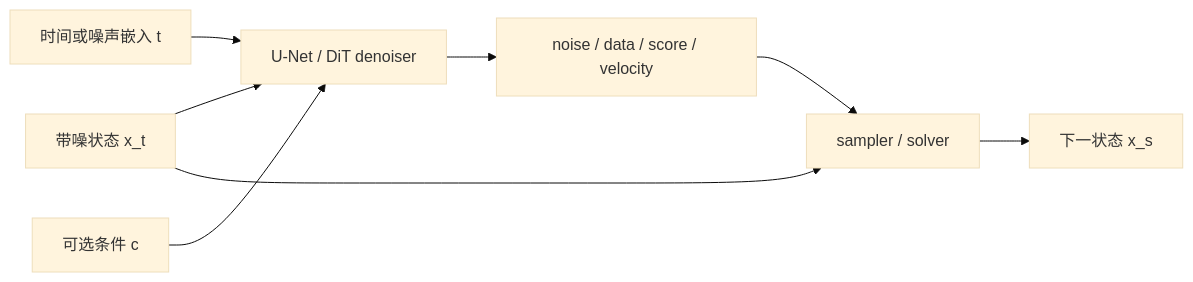
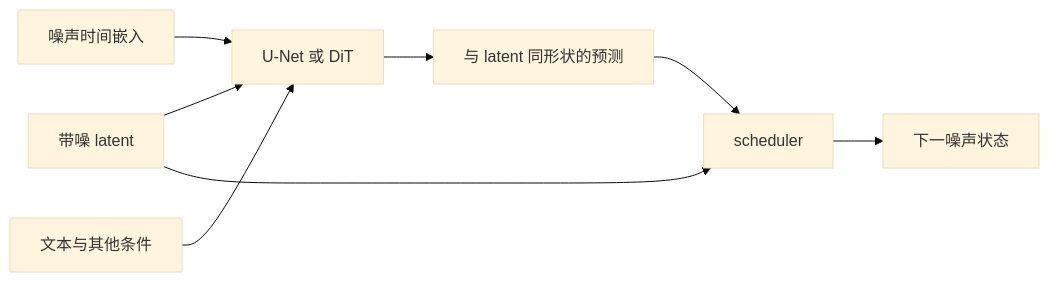
The first of 2 diagrams in files/diffusion/architecture-and-stable-diffusion.md (Charles2530/Charles-AI-notes), drawn with Mermaid (base theme) before and after one commit. The commit also changed other lines of this file and 954 other files, not shown here.

````diff
--- a/files/diffusion/architecture-and-stable-diffusion.md
+++ b/files/diffusion/architecture-and-stable-diffusion.md
@@ -30,11 +35,11 @@
 ```mermaid
 %% denoiser-interface
 flowchart LR
-  XT[带噪状态 x_t] --> Net[U-Net / DiT denoiser]
-  Time[时间或噪声嵌入 t] --> Net
-  Cond[可选条件 c] --> Net
-  Net --> Pred[noise / data / score / velocity]
-  Pred --> Scheduler[sampler / solver]
-  XT --> Scheduler
-  Scheduler --> Next[下一状态 x_s]
+  Z[带噪 latent] --> N[U-Net 或 DiT]
+  T[噪声时间嵌入] --> N
+  C[文本与其他条件] --> N
+  N --> P[与 latent 同形状的预测]
+  P --> S[scheduler]
+  Z --> S
+  S --> Next[下一噪声状态]
 ```
````
